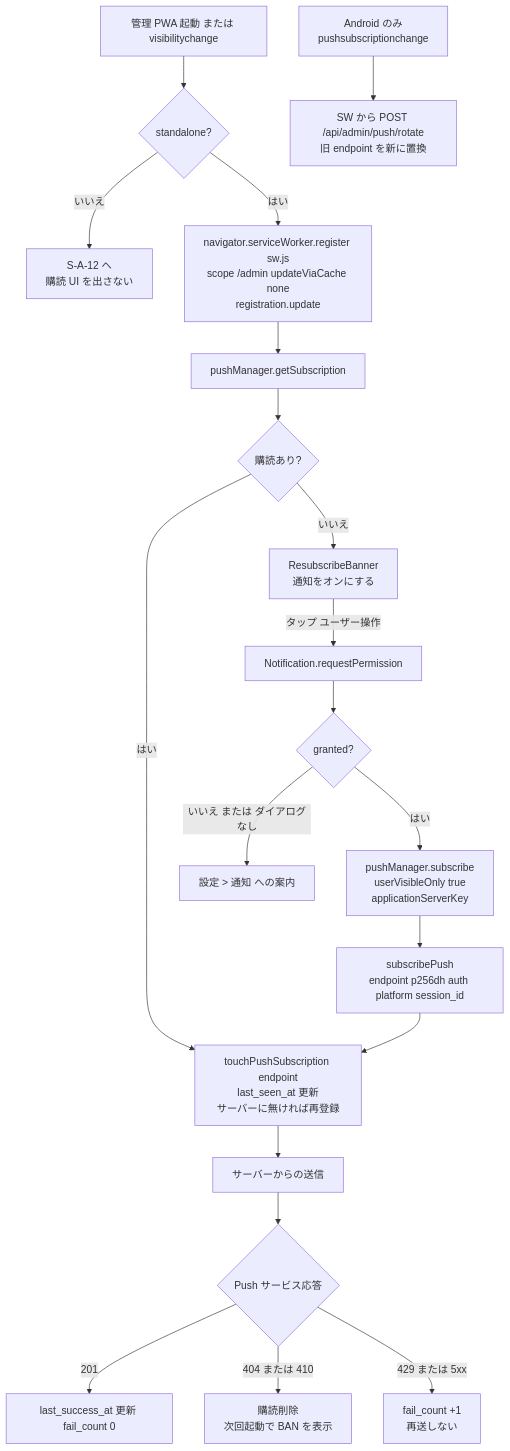
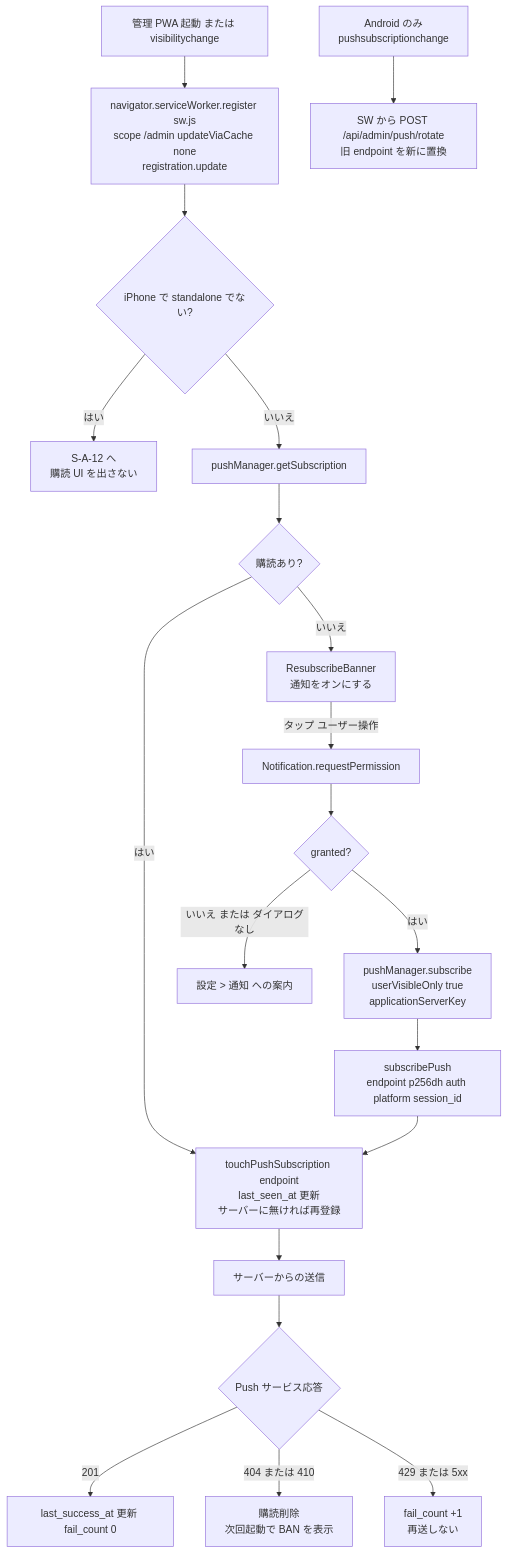
The sixth of 6 diagrams in docs/03_design/05_state_and_flows.md (kaz-ma/barber-booking), drawn with Mermaid before and after one commit. The commit also changed other lines of this file and 3 other files, not shown here.

````diff
--- a/docs/03_design/05_state_and_flows.md
+++ b/docs/03_design/05_state_and_flows.md
@@ -280,22 +302,22 @@
 ```mermaid
 flowchart TD
-  START["管理 PWA 起動 または visibilitychange"] --> SA{"standalone?"}
-  SA -- "いいえ" --> GUIDE["S-A-12 へ<br/>購読 UI を出さない"]
-  SA -- "はい" --> REG["navigator.serviceWorker.register sw.js<br/>scope /admin updateViaCache none<br/>registration.update"]
-  REG --> GS["pushManager.getSubscription"]
+  START["管理 PWA 起動 または visibilitychange"] --> REG["navigator.serviceWorker.register sw.js<br/>scope /admin updateViaCache none<br/>registration.update"]
+  REG --> SA{"iPhone で standalone でない?"}
+  SA -- "はい" --> GUIDE["S-A-12 へ<br/>購読 UI を出さない"]
+  SA -- "いいえ" --> GS["pushManager.getSubscription"]
   GS --> HAS{"購読あり?"}
   HAS -- "はい" --> HB["touchPushSubscription endpoint<br/>last_seen_at 更新<br/>サーバーに無ければ再登録"]
   HAS -- "いいえ" --> BAN["ResubscribeBanner<br/>通知をオンにする"]
   BAN -->|"タップ ユーザー操作"| RP["Notification.requestPermission"]
   RP --> GR{"granted?"}
   GR -- "いいえ または ダイアログなし" --> SET["設定 > 通知 への案内"]
   GR -- "はい" --> SUB["pushManager.subscribe<br/>userVisibleOnly true<br/>applicationServerKey"]
   SUB --> SAVE["subscribePush<br/>endpoint p256dh auth platform session_id"]
   SAVE --> HB
   HB --> SEND["サーバーからの送信"]
   SEND --> RES{"Push サービス応答"}
   RES -- "201" --> OKS["last_success_at 更新 fail_count 0"]
   RES -- "404 または 410" --> DEL["購読削除<br/>次回起動で BAN を表示"]
   RES -- "429 または 5xx" --> FC["fail_count +1<br/>再送しない"]
   ANDROID["Android のみ<br/>pushsubscriptionchange"] --> ROT["SW から POST /api/admin/push/rotate<br/>旧 endpoint を新に置換"]
 ```
````
